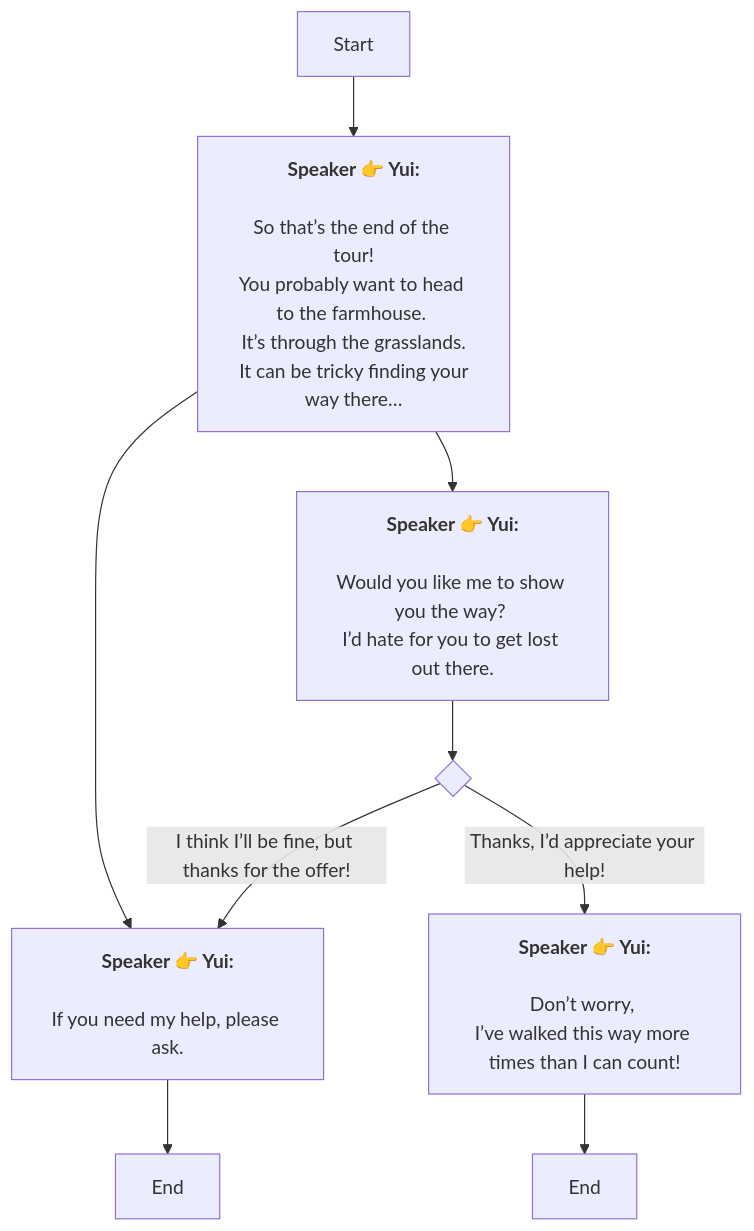
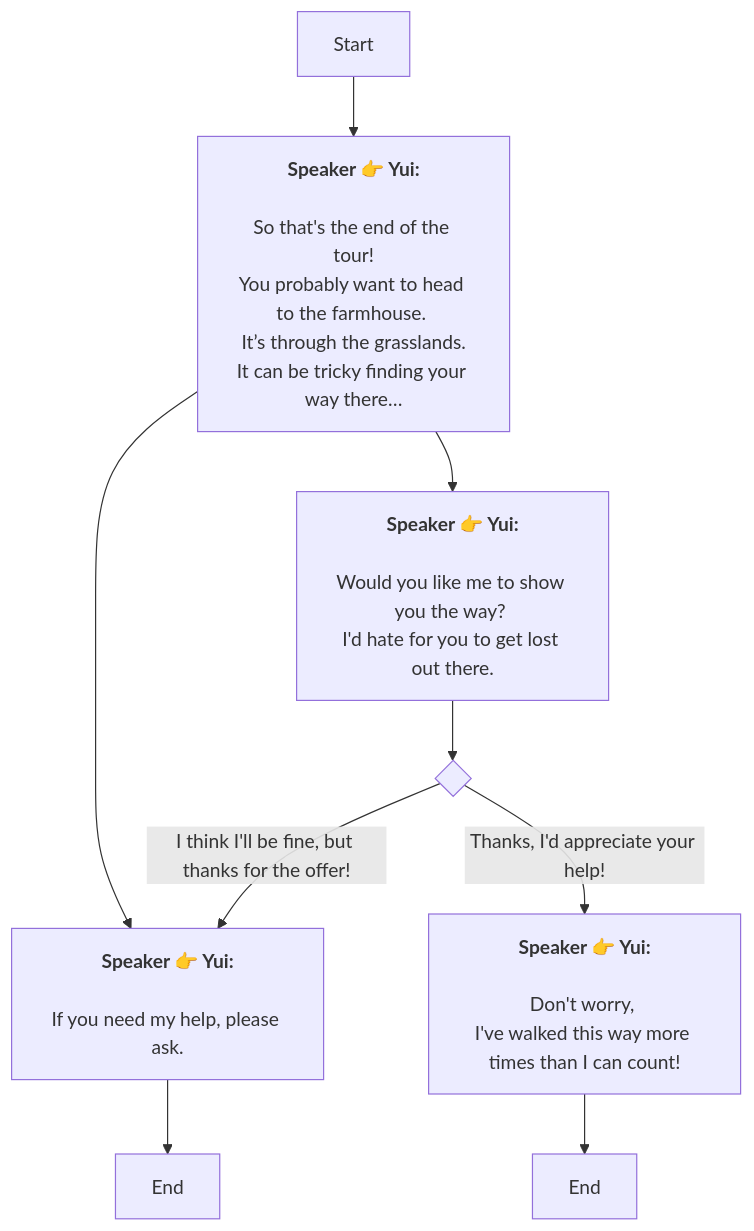
One commit to SoftHu/tos_avg changed the diagram in En/QuestTalkObjectiveNode_1769048883538942.md. Above: the diagram before and after it, drawn with Mermaid. The commit also changed 312 other files, not shown here.

````diff
--- a/En/QuestTalkObjectiveNode_1769048883538942.md
+++ b/En/QuestTalkObjectiveNode_1769048883538942.md
@@ -1,27 +1,27 @@
 ```mermaid
 graph
 Start -->1769050262161410[<b>Speaker 👉 Yui:</b>
 
-So that’s the end of the tour!
+So that's the end of the tour!
 You probably want to head to the farmhouse. 
 It’s through the grasslands.
- It can be tricky finding your way there…]
+It can be tricky finding your way there…]
 1769050262161410 -->1769050610127886[<b>Speaker 👉 Yui:</b>
 
 If you need my help, please ask.]
 1769050262161410 -->1769050625885199[<b>Speaker 👉 Yui:</b>
 
 Would you like me to show you the way? 
-I’d hate for you to get lost out there.]
+I'd hate for you to get lost out there.]
 1769050610127886 -->1769050601996301[End]
 1769050625885199 -->1769050660498452{ }
-1769050660498452 -->|I think I’ll be fine, but thanks for the offer!|1769050610127886[<b>Speaker 👉 Yui:</b>
+1769050660498452 -->|I think I'll be fine, but thanks for the offer!|1769050610127886[<b>Speaker 👉 Yui:</b>
 
 If you need my help, please ask.]
-1769050660498452 -->|Thanks, I’d appreciate your help!|1769050685433877[<b>Speaker 👉 Yui:</b>
+1769050660498452 -->|Thanks, I'd appreciate your help!|1769050685433877[<b>Speaker 👉 Yui:</b>
 
-Don’t worry, 
-I’ve walked this way more times than I can count!]
+Don't worry, 
+I've walked this way more times than I can count!]
 1769050685433877 -->1769050691065878[End]
 
  ```
````
